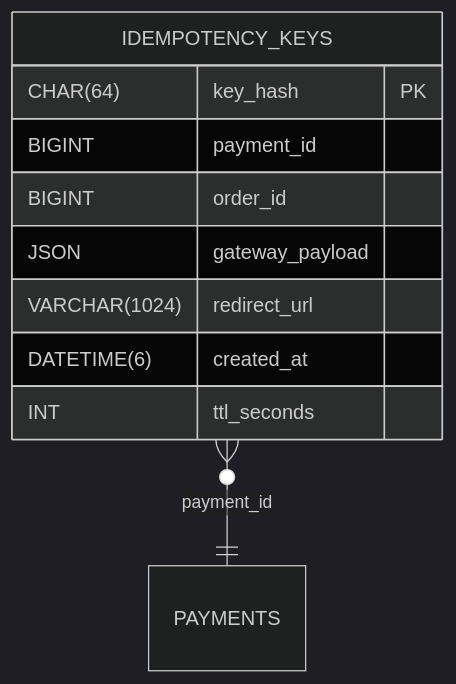
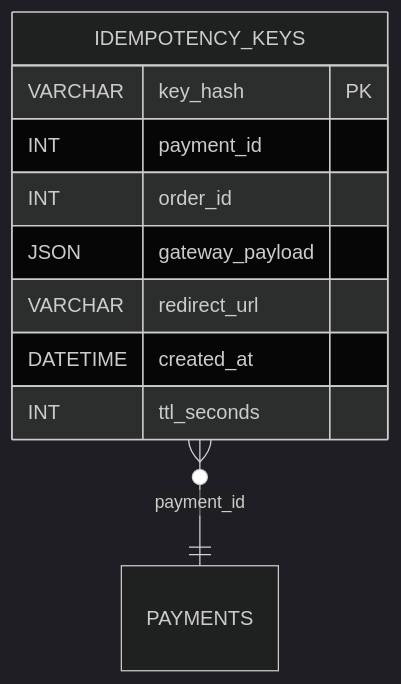
Before and after one commit to blackcatdatabase/table-idempotency-keys: the diagram in README.md, drawn with Mermaid (dark theme). The commit also changed other lines of this file, not shown here.

Commit message:
chore(schema): add/update generated schema + README (umbrella sync)

````diff
--- a/README.md
+++ b/README.md
@@ -51,13 +51,13 @@
 ```mermaid
 erDiagram
   IDEMPOTENCY_KEYS {
-    CHAR(64) key_hash PK
-    BIGINT payment_id
-    BIGINT order_id
+    VARCHAR key_hash PK
+    INT payment_id
+    INT order_id
     JSON gateway_payload
-    VARCHAR(1024) redirect_url
-    DATETIME(6) created_at
+    VARCHAR redirect_url
+    DATETIME created_at
     INT ttl_seconds
   }
   IDEMPOTENCY_KEYS }o--|| PAYMENTS : "payment_id"
 ```
````
